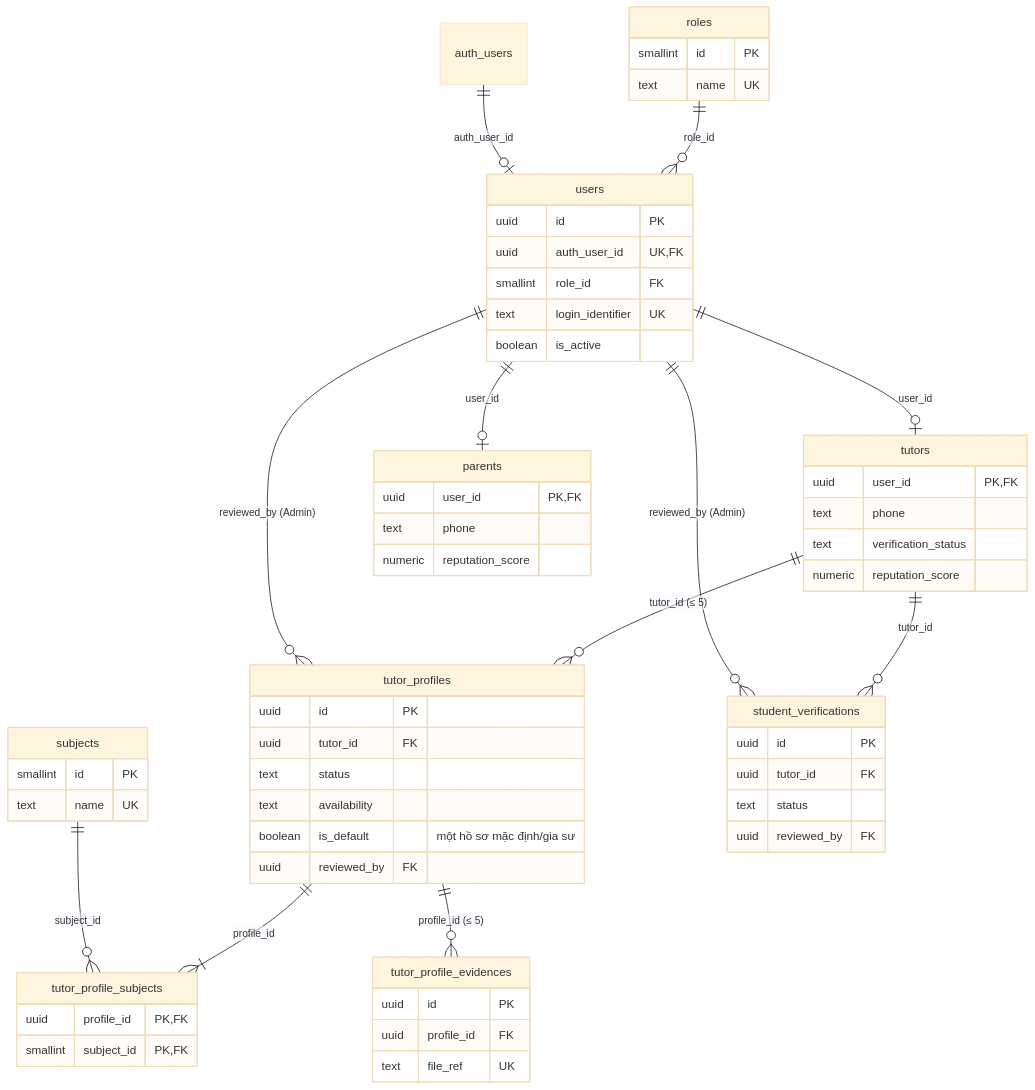
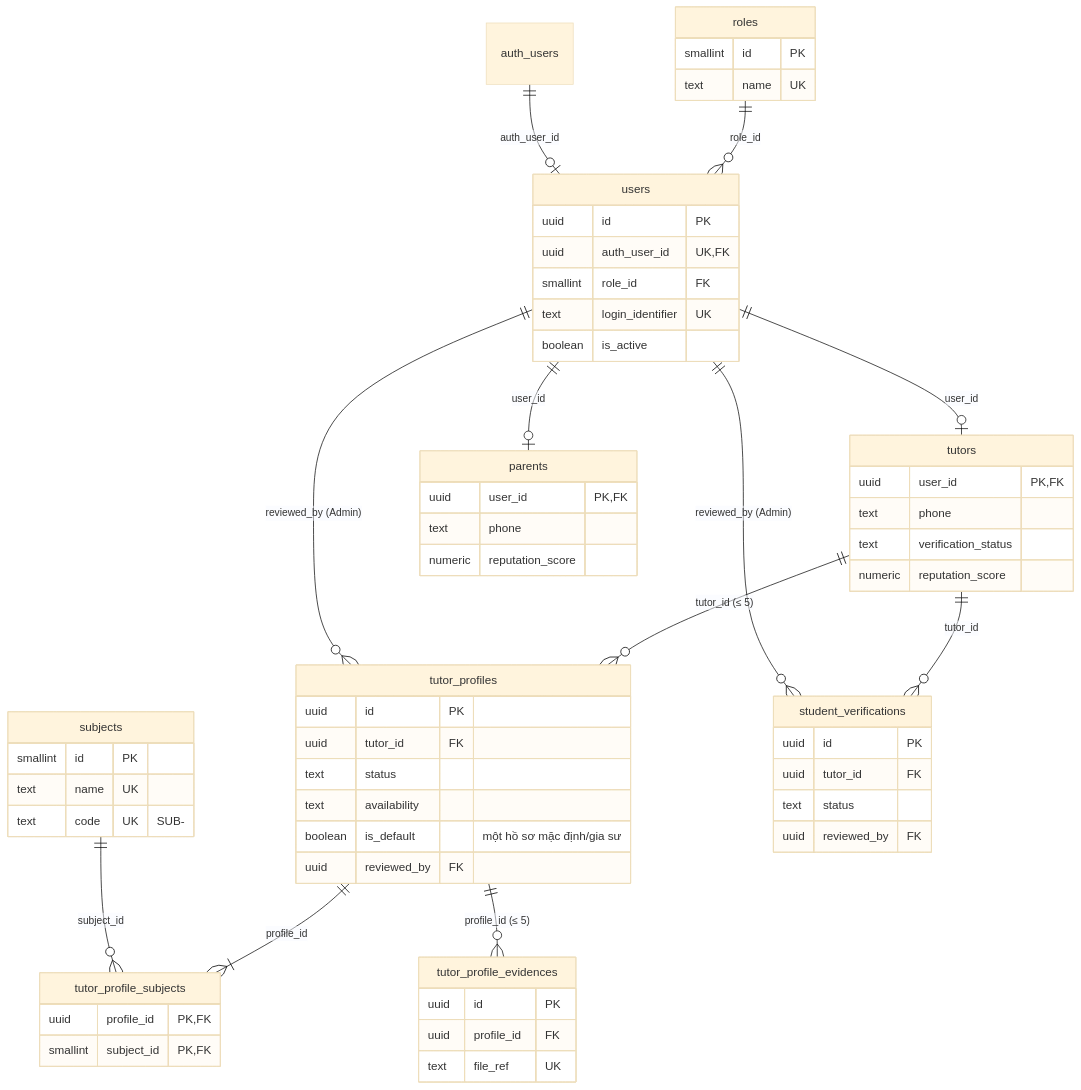
Before and after one commit to Ender-Via/Giasu: the first of 4 diagrams in docs/database/database-design.md, drawn with Mermaid (base theme). The commit also changed other lines of this file and 10 other files, not shown here.

````diff
--- a/docs/database/database-design.md
+++ b/docs/database/database-design.md
@@ -30,64 +30,65 @@
 ```mermaid
 erDiagram
     roles ||--o{ users : "role_id"
     auth_users ||--o| users : "auth_user_id"
     users ||--o| tutors : "user_id"
     users ||--o| parents : "user_id"
     tutors ||--o{ tutor_profiles : "tutor_id (≤ 5)"
     tutor_profiles ||--|{ tutor_profile_subjects : "profile_id"
     subjects ||--o{ tutor_profile_subjects : "subject_id"
     tutor_profiles ||--o{ tutor_profile_evidences : "profile_id (≤ 5)"
     tutors ||--o{ student_verifications : "tutor_id"
     users ||--o{ student_verifications : "reviewed_by (Admin)"
     users ||--o{ tutor_profiles : "reviewed_by (Admin)"
 
     roles {
         smallint id PK
         text name UK
     }
     users {
         uuid id PK
         uuid auth_user_id UK, FK
         smallint role_id FK
         text login_identifier UK
         boolean is_active
     }
     tutors {
         uuid user_id PK, FK
         text phone
         text verification_status
         numeric reputation_score
     }
     parents {
         uuid user_id PK, FK
         text phone
         numeric reputation_score
     }
     subjects {
         smallint id PK
         text name UK
+        text code UK "SUB-<id>"
     }
     tutor_profiles {
         uuid id PK
         uuid tutor_id FK
         text status
         text availability
         boolean is_default "một hồ sơ mặc định/gia sư"
         uuid reviewed_by FK
     }
     tutor_profile_subjects {
         uuid profile_id PK, FK
         smallint subject_id PK, FK
     }
     tutor_profile_evidences {
         uuid id PK
         uuid profile_id FK
         text file_ref UK
     }
     student_verifications {
         uuid id PK
         uuid tutor_id FK
         text status
         uuid reviewed_by FK
     }
 ```
````
